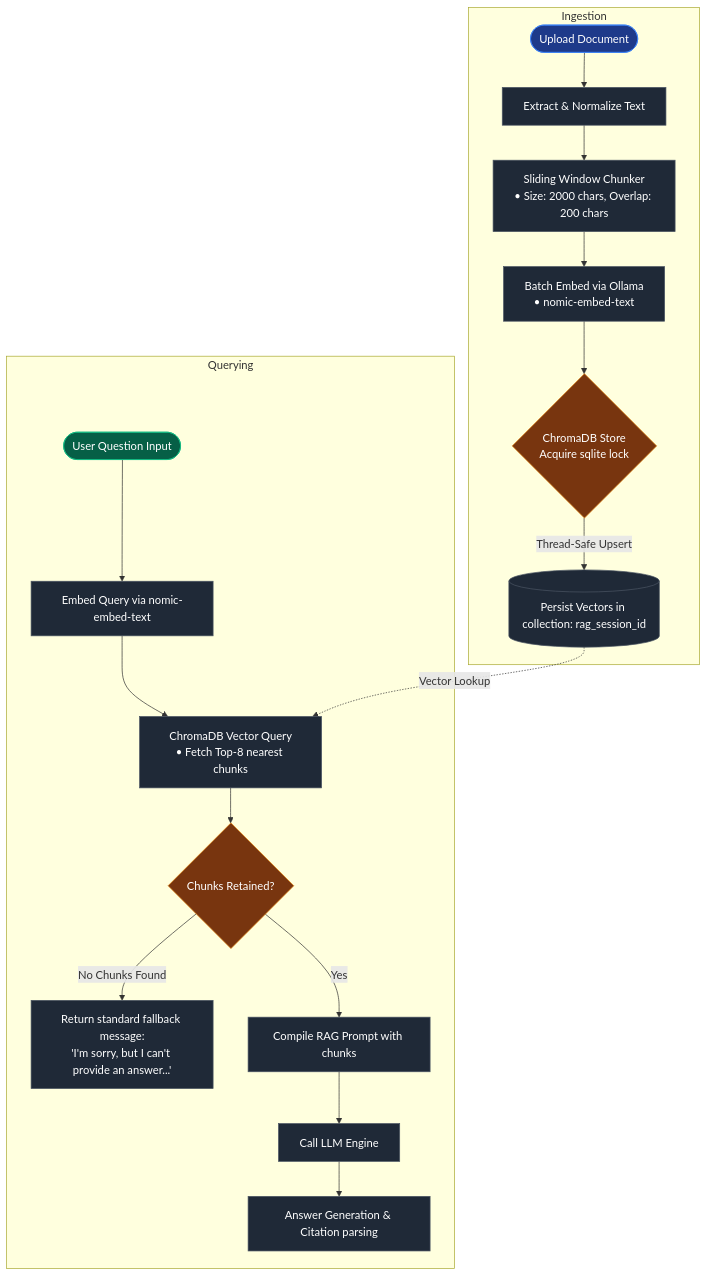
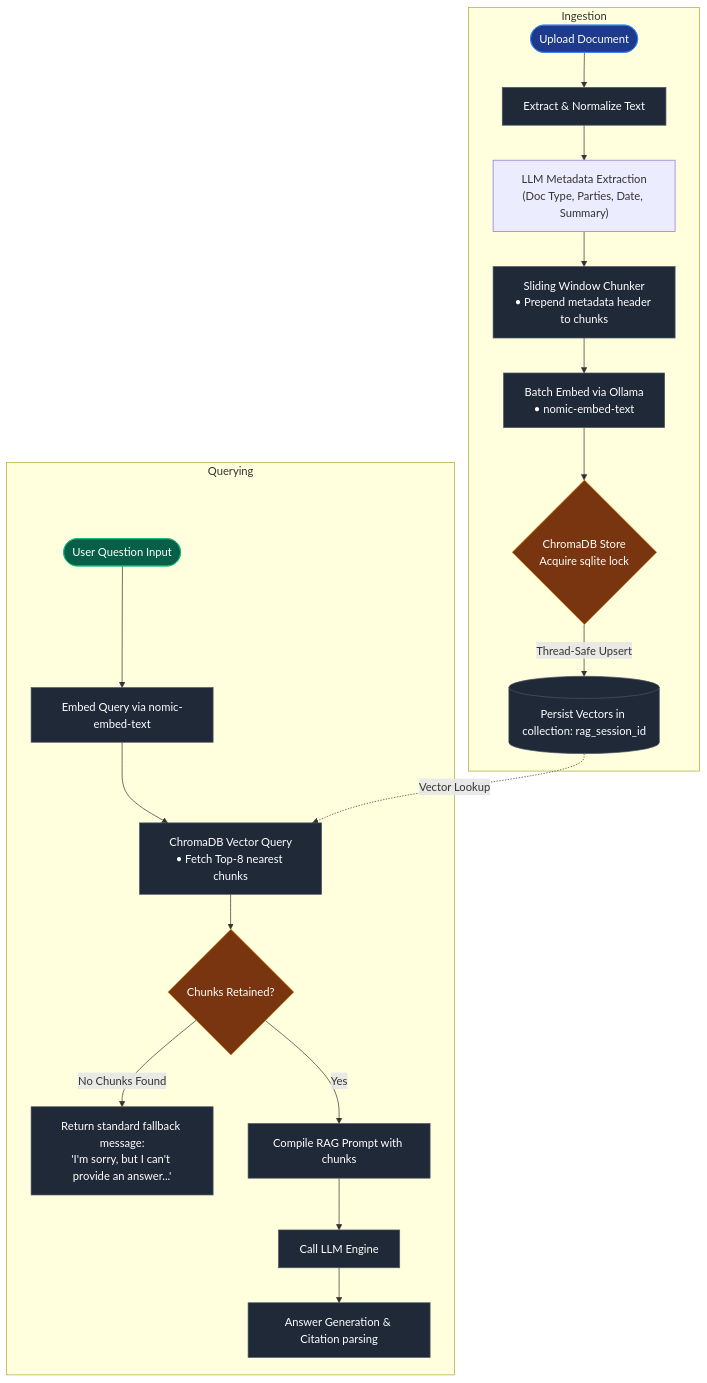
One commit to rhealaloo45/Legal-Wiki-RAG changed the second of 3 diagrams in SYSTEM_OVERVIEW.md. Above: the diagram before and after it, drawn with Mermaid. The commit also changed other lines of this file and 7 other files, not shown here.

````diff
--- a/SYSTEM_OVERVIEW.md
+++ b/SYSTEM_OVERVIEW.md
@@ -57,34 +59,35 @@
 ```mermaid
 flowchart TD
     classDef ingest fill:#1e3a8a,stroke:#3b82f6,color:#fff
     classDef query fill:#065f46,stroke:#10b981,color:#fff
     classDef process fill:#1f2937,stroke:#4b5563,color:#fff
     classDef decision fill:#78350f,stroke:#d97706,color:#fff
 
     subgraph Ingestion
         StartI(["Upload Document"]) --> ExtractI["Extract & Normalize Text"]
-        ExtractI --> ChunkI["Sliding Window Chunker<br/>• Size: 2000 chars, Overlap: 200 chars"]
+        ExtractI --> MetaI["LLM Metadata Extraction<br/>(Doc Type, Parties, Date, Summary)"]
+        MetaI --> ChunkI["Sliding Window Chunker<br/>• Prepend metadata header to chunks"]
         ChunkI --> EmbedI["Batch Embed via Ollama<br/>• nomic-embed-text"]
         EmbedI --> DBWriteI{"ChromaDB Store<br/>Acquire sqlite lock"}
         DBWriteI -->|Thread-Safe Upsert| DBStoreI[("Persist Vectors in collection: rag_session_id")]
     end
 
     subgraph Querying
         StartQ(["User Question Input"]) --> EmbedQ["Embed Query via nomic-embed-text"]
         EmbedQ --> DBSearchQ["ChromaDB Vector Query<br/>• Fetch Top-8 nearest chunks"]
         DBSearchQ --> CheckQ{"Chunks Retained?"}
         
         CheckQ -->|No Chunks Found| FallbackQ["Return standard fallback message:<br/>'I'm sorry, but I can't provide an answer...'"]
         CheckQ -->|Yes| PromptQ["Compile RAG Prompt with chunks"]
         
         PromptQ --> LLMQ["Call LLM Engine"]
         LLMQ --> AnsQ["Answer Generation & Citation parsing"]
     end
     
     DBStoreI -.->|Vector Lookup| DBSearchQ
 
     class StartI ingest
     class StartQ query
     class ExtractI,ChunkI,EmbedI,DBStoreI,EmbedQ,DBSearchQ,FallbackQ,PromptQ,LLMQ,AnsQ process
     class DBWriteI,CheckQ decision
 ```
````
